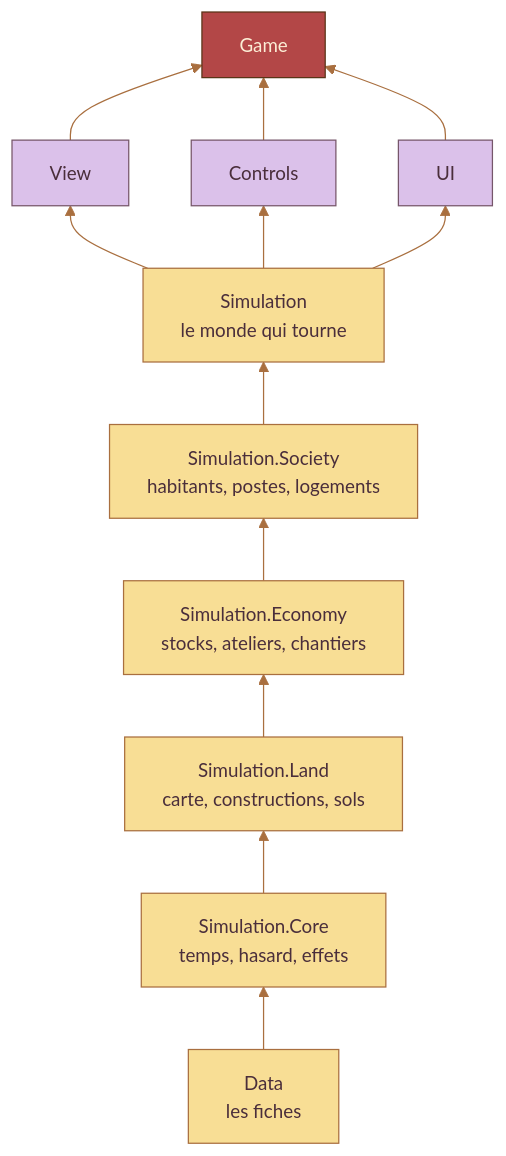
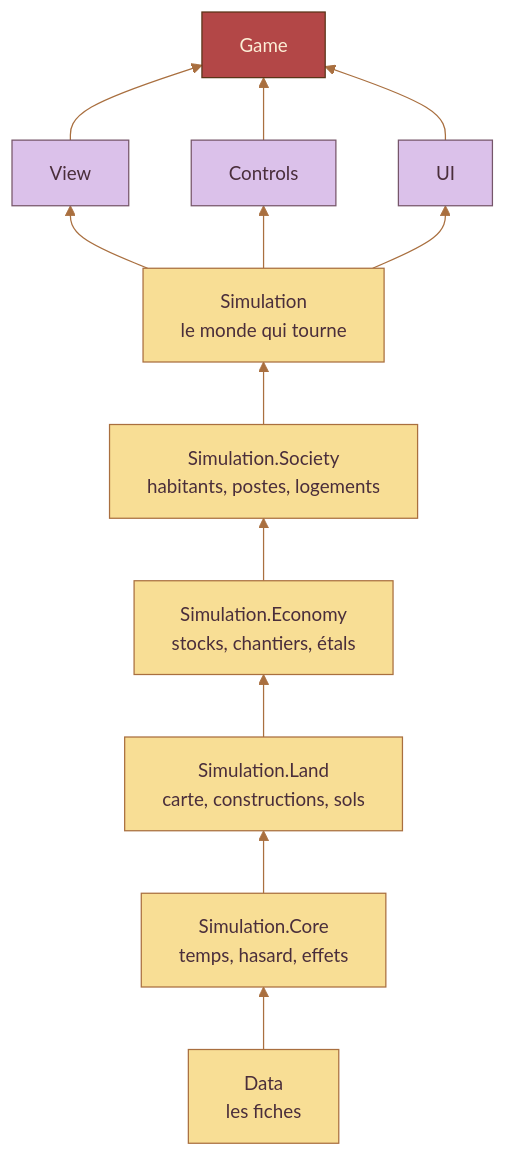
One commit to SNZMTO/DIciELa changed the diagram in README.md. Above: the diagram before and after it, drawn with Mermaid. The commit also changed other lines of this file and 19 other files, not shown here.

````diff
--- a/README.md
+++ b/README.md
@@ -57,19 +59,19 @@
 ```mermaid
 %%{init: {'theme': 'base', 'themeVariables': {'primaryColor': '#F8DE95', 'primaryTextColor': '#4A2E3B', 'primaryBorderColor': '#A96F3F', 'lineColor': '#A96F3F', 'fontSize': '15px'}}}%%
 flowchart BT
   Data["Data<br/>les fiches"] --> Core["Simulation.Core<br/>temps, hasard, effets"]
   Core --> Land["Simulation.Land<br/>carte, constructions, sols"]
-  Land --> Economy["Simulation.Economy<br/>stocks, ateliers, chantiers"]
+  Land --> Economy["Simulation.Economy<br/>stocks, chantiers, étals"]
   Economy --> Society["Simulation.Society<br/>habitants, postes, logements"]
   Society --> Simulation["Simulation<br/>le monde qui tourne"]
   Simulation --> View & Controls & UI
   View --> Game
   Controls --> Game
   UI --> Game
   classDef simulation fill:#F8DE95,stroke:#A96F3F,color:#4A2E3B
   classDef ecran fill:#DBC1EA,stroke:#76566A,color:#4A2E3B
   classDef jeu fill:#B34747,stroke:#5A3417,color:#FCEED6
   class Data,Core,Land,Economy,Society,Simulation simulation
   class View,Controls,UI ecran
   class Game jeu
 ```
````
